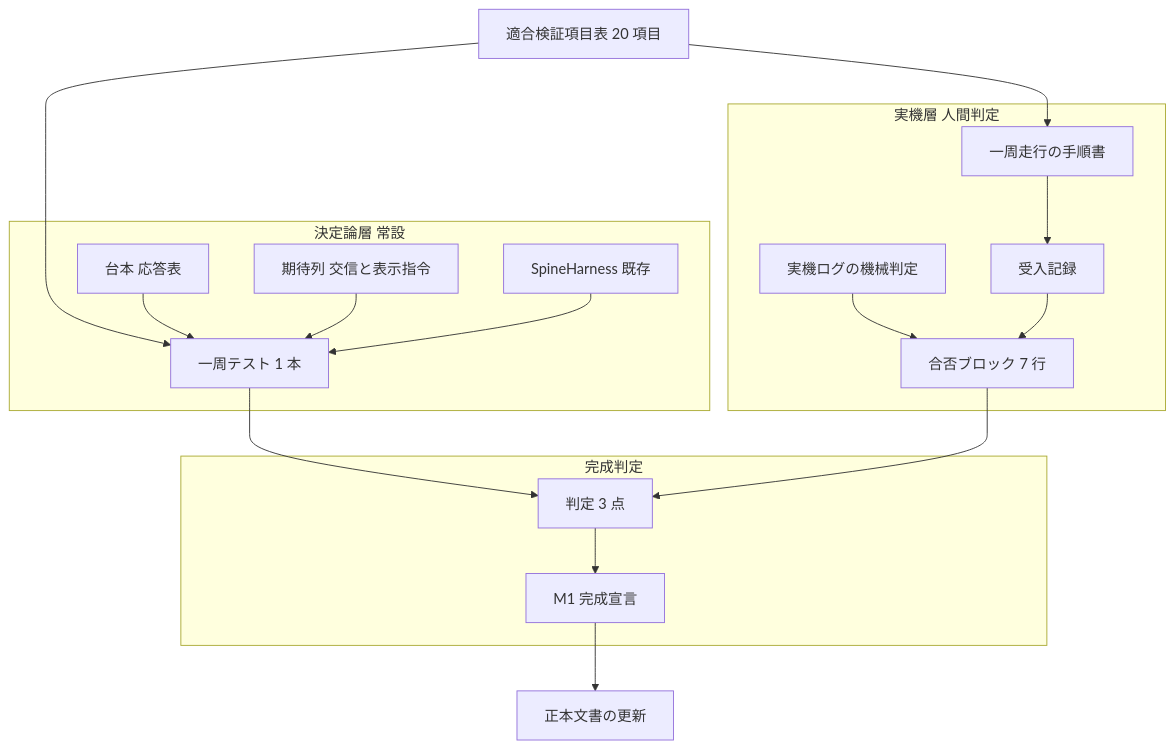
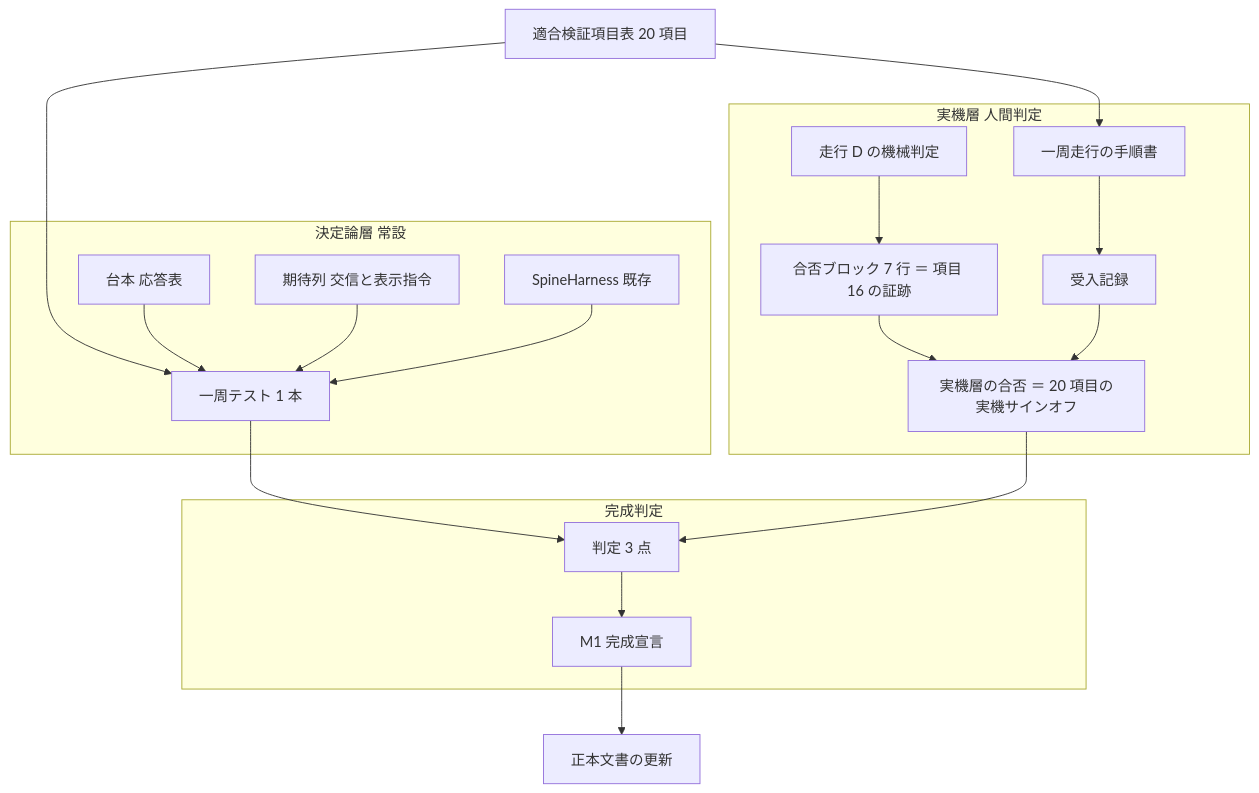
Before and after one commit to ekicyou/areka: the first of 3 diagrams in .kiro/specs/areka-P0-emo2-conformance-e2e/design.md, drawn with Mermaid. The commit also changed other lines of this file and 2 other files, not shown here.

````diff
--- a/.kiro/specs/areka-P0-emo2-conformance-e2e/design.md
+++ b/.kiro/specs/areka-P0-emo2-conformance-e2e/design.md
@@ -88,32 +88,34 @@
 ```mermaid
 graph TB
     Table[適合検証項目表 20 項目]
     subgraph Deterministic[決定論層 常設]
         Lap[一周テスト 1 本]
         Script[台本 応答表]
         Expect[期待列 交信と表示指令]
         Harness[SpineHarness 既存]
     end
     subgraph RealMachine[実機層 人間判定]
         Proc[一周走行の手順書]
         Record[受入記録]
-        Judge[実機ログの機械判定]
-        Verdict[合否ブロック 7 行]
+        Judge[走行 D の機械判定]
+        Verdict[合否ブロック 7 行 ＝ 項目 16 の証跡]
+        Signoff[実機層の合否 ＝ 20 項目の実機サインオフ]
     end
     subgraph Gate[完成判定]
         Dod[判定 3 点]
         Decl[M1 完成宣言]
     end
     Table --> Lap
     Table --> Proc
     Script --> Lap
     Expect --> Lap
     Harness --> Lap
     Proc --> Record
     Judge --> Verdict
-    Record --> Verdict
+    Verdict --> Signoff
+    Record --> Signoff
     Lap --> Dod
-    Verdict --> Dod
+    Signoff --> Dod
     Dod --> Decl
     Decl --> Canon[正本文書の更新]
 ```
````
